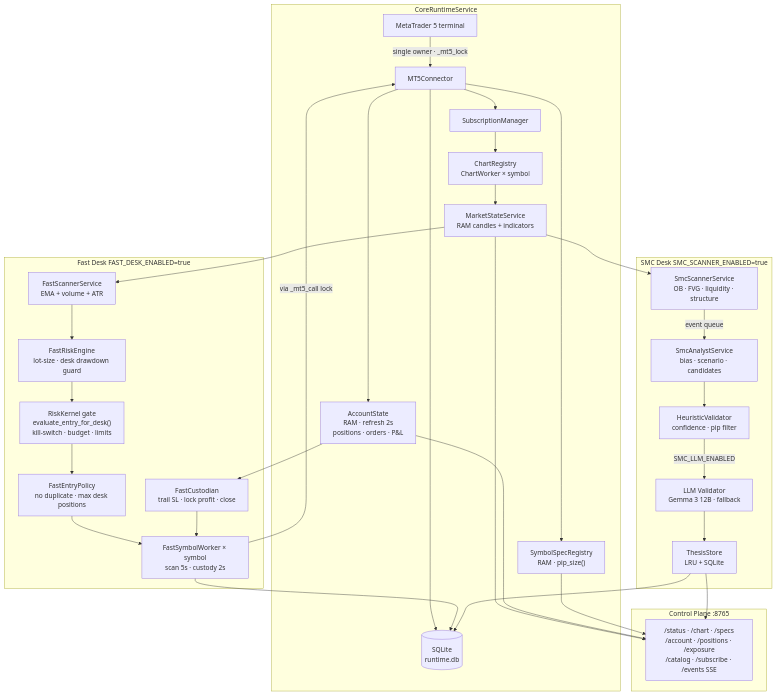
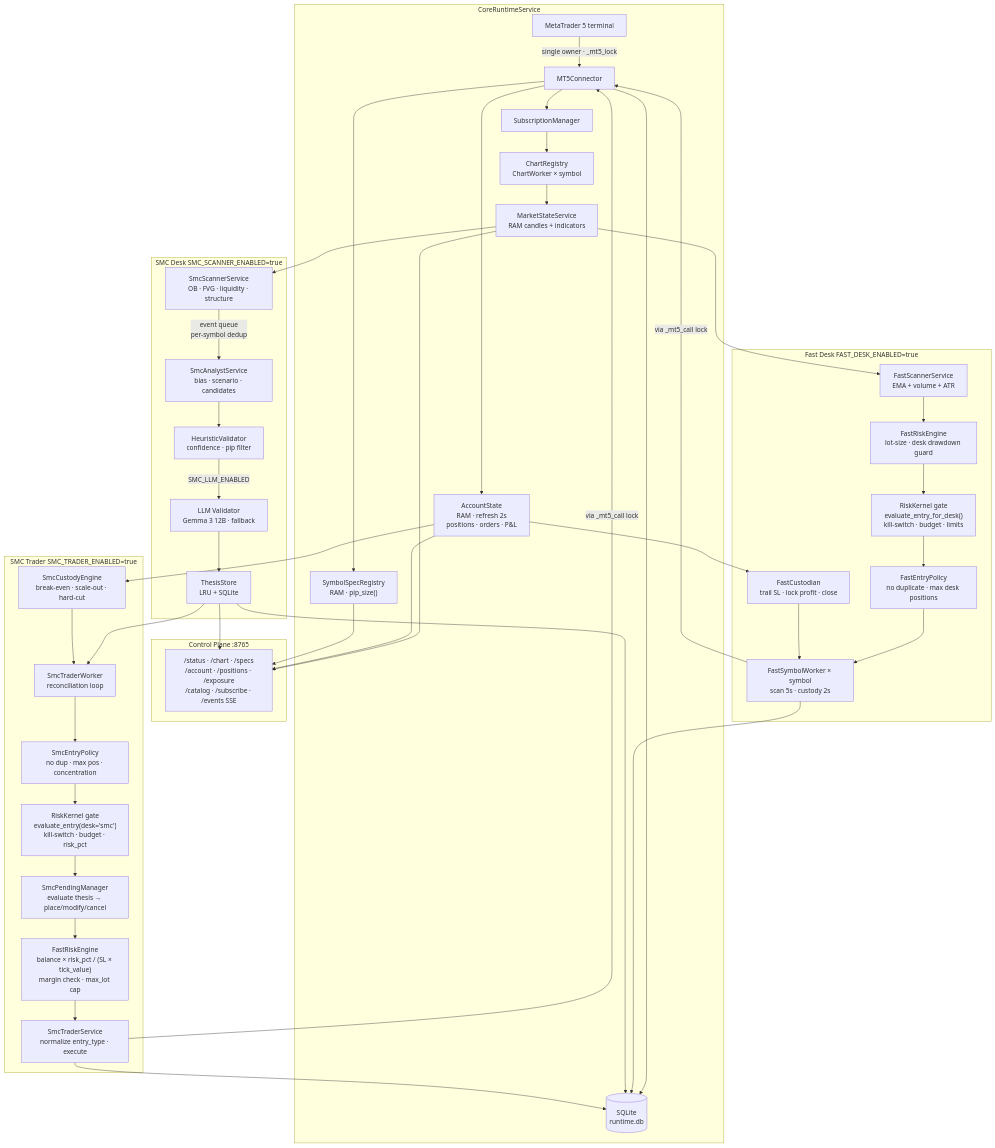
One commit to SergioDG-YCC/heuristic-metatrader5-bridge changed the first of 12 diagrams in docs/ARCHITECTURE.md. Above: the diagram before and after it, drawn with Mermaid. The commit also changed other lines of this file and 55 other files, not shown here.

````diff
--- a/docs/ARCHITECTURE.md
+++ b/docs/ARCHITECTURE.md
@@ -87,42 +151,55 @@
 ```mermaid
 graph TD
     MT5[MetaTrader 5 terminal]
 
     subgraph Core["CoreRuntimeService"]
         MT5 -->|single owner · _mt5_lock| Conn[MT5Connector]
         Conn --> SubMgr[SubscriptionManager]
         SubMgr --> ChartReg["ChartRegistry\nChartWorker × symbol"]
         ChartReg --> MS["MarketStateService\nRAM candles + indicators"]
         Conn --> SR["SymbolSpecRegistry\nRAM · pip_size()"]
         Conn --> AS["AccountState\nRAM · refresh 2s\npositions · orders · P&L"]
         Conn --> DB[(SQLite\nruntime.db)]
     end
 
     subgraph CP["Control Plane  :8765"]
         MS --> CP_status["/status · /chart · /specs\n/account · /positions · /exposure\n/catalog · /subscribe · /events SSE"]
     end
     AS --> CP_status
     SR --> CP_status
 
     subgraph FD["Fast Desk  FAST_DESK_ENABLED=true"]
         MS --> FD_scan["FastScannerService\nEMA + volume + ATR"]
         FD_scan --> FD_risk["FastRiskEngine\nlot-size · desk drawdown guard"]
         FD_risk --> FD_rk["RiskKernel gate\nevaluate_entry_for_desk()\nkill-switch · budget · limits"]
         FD_rk --> FD_policy["FastEntryPolicy\nno duplicate · max desk positions"]
         FD_policy --> FD_worker["FastSymbolWorker × symbol\nscan 5s · custody 2s"]
         AS --> FD_cust["FastCustodian\ntrail SL · lock profit · close"]
         FD_cust --> FD_worker
         FD_worker -->|via _mt5_call lock| Conn
         FD_worker --> DB
     end
 
     subgraph SMC["SMC Desk  SMC_SCANNER_ENABLED=true"]
         MS --> SMC_scan["SmcScannerService\nOB · FVG · liquidity · structure"]
-        SMC_scan -->|event queue| SMC_analyst["SmcAnalystService\nbias · scenario · candidates"]
+        SMC_scan -->|event queue\nper-symbol dedup| SMC_analyst["SmcAnalystService\nbias · scenario · candidates"]
         SMC_analyst --> SMC_val["HeuristicValidator\nconfidence · pip filter"]
         SMC_val -->|SMC_LLM_ENABLED| SMC_llm["LLM Validator\nGemma 3 12B · fallback"]
         SMC_llm --> SMC_thesis["ThesisStore\nLRU + SQLite"]
         SMC_thesis --> CP_status
         SMC_thesis --> DB
     end
+
+    subgraph SMCT["SMC Trader  SMC_TRADER_ENABLED=true"]
+        SMC_thesis --> SMCT_worker["SmcTraderWorker\nreconciliation loop"]
+        SMCT_worker --> SMCT_policy["SmcEntryPolicy\nno dup · max pos · concentration"]
+        SMCT_policy --> SMCT_rk["RiskKernel gate\nevaluate_entry(desk='smc')\nkill-switch · budget · risk_pct"]
+        SMCT_rk --> SMCT_pending["SmcPendingManager\nevaluate thesis → place/modify/cancel"]
+        SMCT_pending --> SMCT_risk["FastRiskEngine\nbalance × risk_pct / (SL × tick_value)\nmargin check · max_lot cap"]
+        SMCT_risk --> SMCT_svc["SmcTraderService\nnormalize entry_type · execute"]
+        SMCT_svc -->|via _mt5_call lock| Conn
+        SMCT_svc --> DB
+        AS --> SMCT_cust["SmcCustodyEngine\nbreak-even · scale-out · hard-cut"]
+        SMCT_cust --> SMCT_worker
+    end
 ```
````
